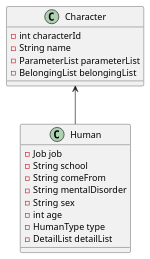
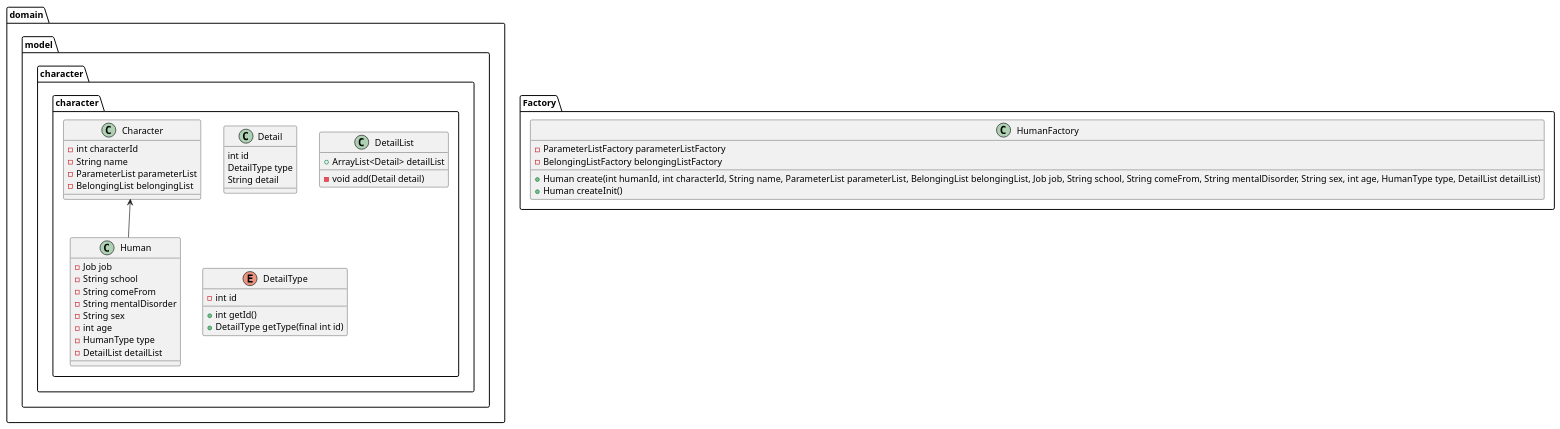
One commit to platykun/trpg changed the diagram in document/classView/characterEntity.puml. Above: the diagram before and after it, drawn with PlantUML. The commit also changed 1 other file, not shown here.

Commit message:
class図作成

```diff
--- a/document/classView/characterEntity.puml
+++ b/document/classView/characterEntity.puml
@@ -1,23 +1,51 @@
 @startuml
 
-class Character {
+package domain.model.character.character {
+  class Character {
     - int characterId
     - String name
     - ParameterList parameterList
     - BelongingList belongingList
-}
+  }
 
-class Human {
+  class Human {
     - Job job
     - String school
     - String comeFrom
     - String mentalDisorder
     - String sex
     - int age
     - HumanType type
     - DetailList detailList
+  }
+
+  class Detail {
+    int id
+    DetailType type
+    String detail
+  }
+
+  class DetailList {
+    + ArrayList<Detail> detailList
+    - void add(Detail detail)
+  }
+
+  enum DetailType {
+    - int id
+    + int getId()
+    + DetailType getType(final int id)
+  }
+
+  Character <-- Human
 }
-Character <-- Human
 
+package Factory {
+  class HumanFactory {
+    - ParameterListFactory parameterListFactory
+    - BelongingListFactory belongingListFactory
+    + Human create(int humanId, int characterId, String name, ParameterList parameterList, BelongingList belongingList, Job job, String school, String comeFrom, String mentalDisorder, String sex, int age, HumanType type, DetailList detailList)
+    + Human createInit()
+  }
+}
 
 @enduml
```
